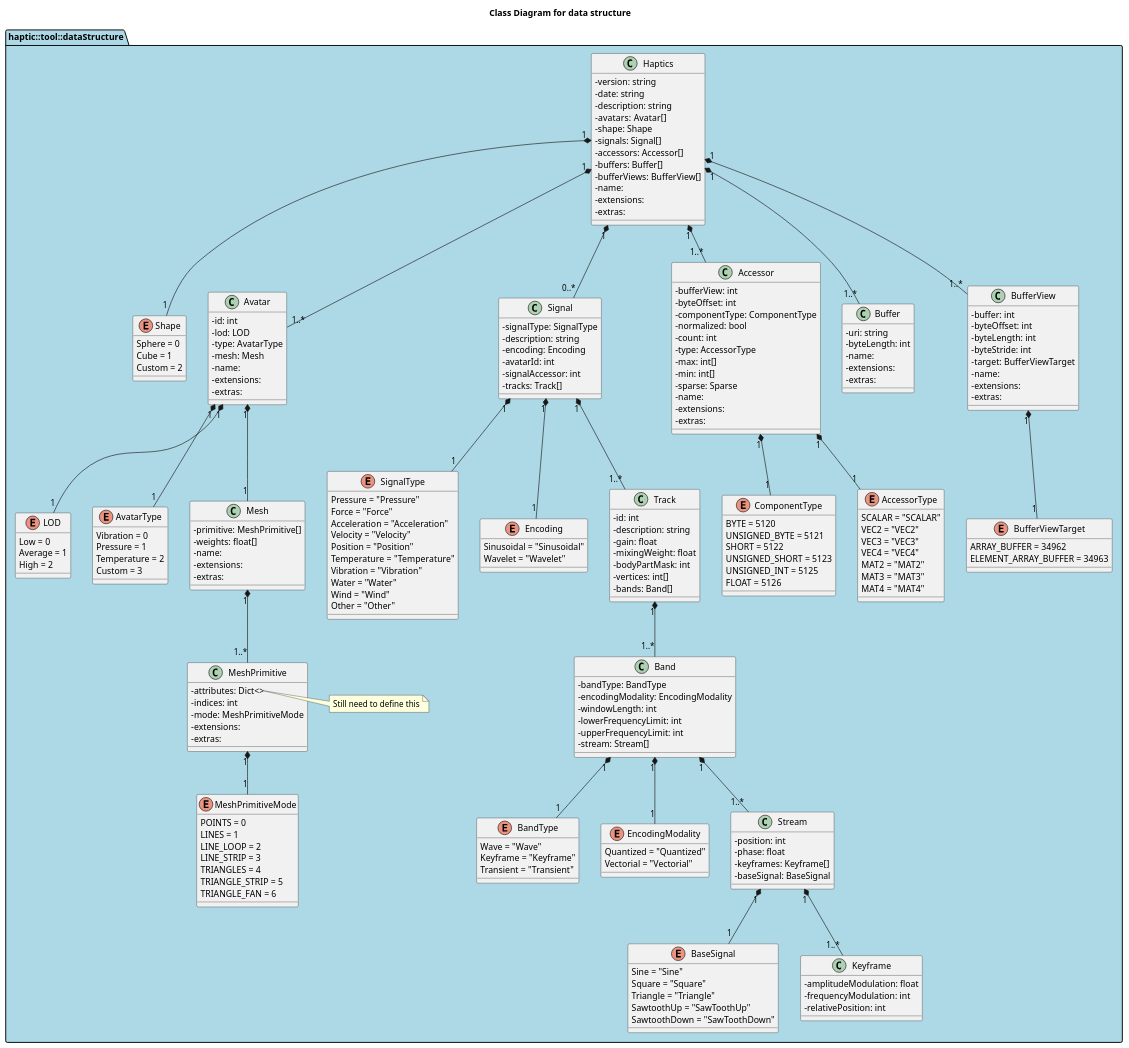
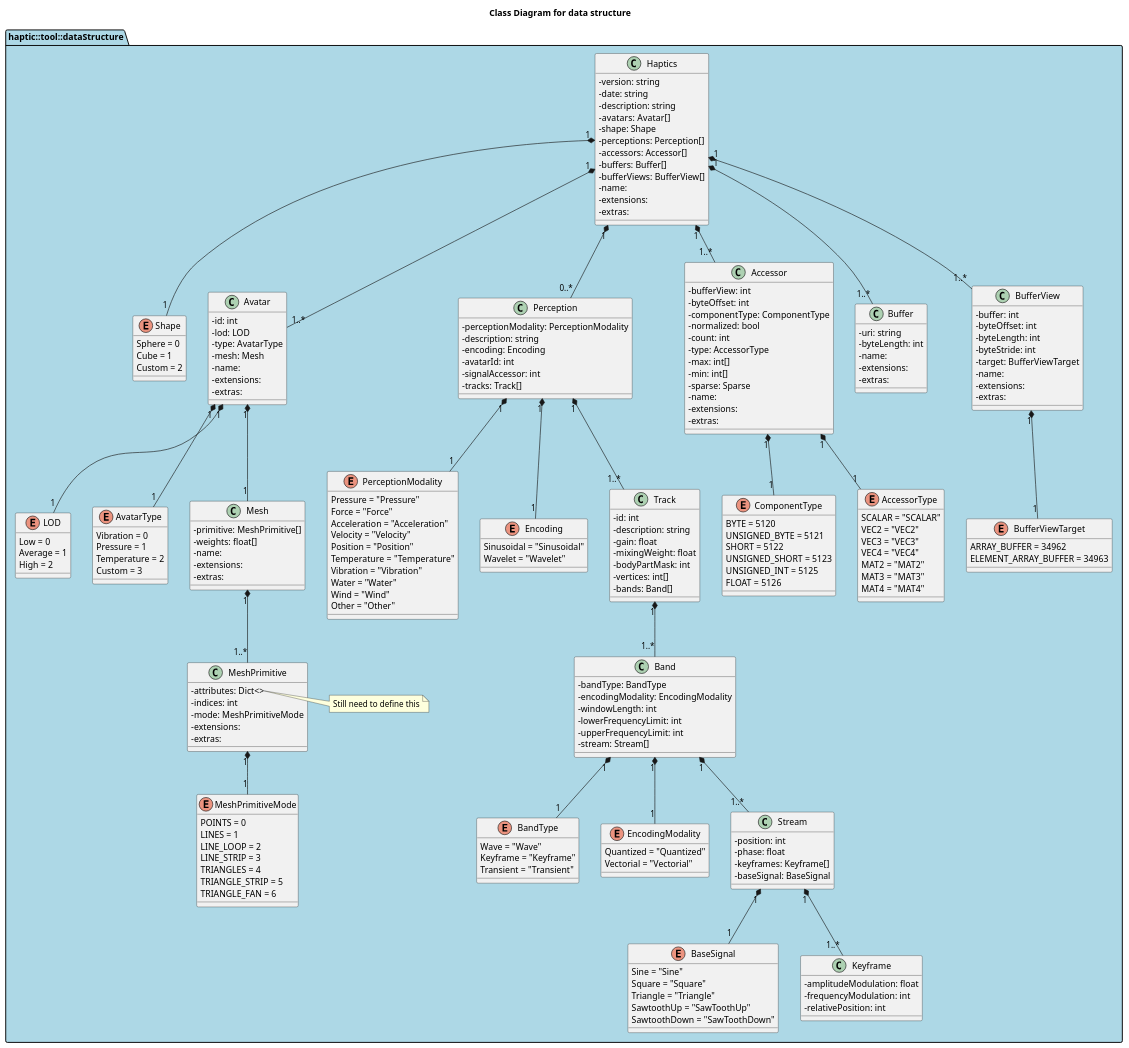
One commit to MPEGGroup/HapticReferenceSoftware changed the diagram in diagrams/Class/DataStructure.puml. Above: the diagram before and after it, drawn with PlantUML.

Commit message:
doc(#12#13 ClassDiagram): rename signal into perception

```diff
--- a/diagrams/Class/DataStructure.puml
+++ b/diagrams/Class/DataStructure.puml
@@ -37,7 +37,7 @@
         Custom = 2
     }
 
-    enum SignalType {
+    enum PerceptionModality {
         Pressure = "Pressure"
         Force = "Force"
         Acceleration = "Acceleration"
@@ -128,7 +128,7 @@
         - description: string
         - avatars:  Avatar[]
         - shape: Shape
-        - signals: Signal[]
+        - perceptions: Perception[]
         - accessors: Accessor[]
         - buffers: Buffer[]
         - bufferViews: BufferView[]
@@ -137,8 +137,8 @@
         - extras:
     }
 
-    class Signal {
-        - signalType: SignalType
+    class Perception {
+        - perceptionModality: PerceptionModality
         - description: string
         - encoding: Encoding
         - avatarId: int
@@ -218,7 +218,7 @@
 
     Haptics "1"*--"1..*" Avatar
     Haptics "1"*--"1" Shape
-    Haptics "1"*--"0..*" Signal
+    Haptics "1"*--"0..*" Perception
     Haptics "1"*--"1..*" Accessor
     Haptics "1"*--"1..*" Buffer
     Haptics "1"*--"1..*" BufferView
@@ -231,9 +231,9 @@
     Band "1"*--"1" EncodingModality
     Band "1"*--"1..*" Stream
 
-    Signal "1"*--"1" SignalType
-    Signal "1"*--"1" Encoding
-    Signal "1"*--"1..*" Track
+    Perception "1"*--"1" PerceptionModality
+    Perception "1"*--"1" Encoding
+    Perception "1"*--"1..*" Track
 
     Stream "1"*--"1" BaseSignal
     Stream "1"*--"1..*" Keyframe
```
